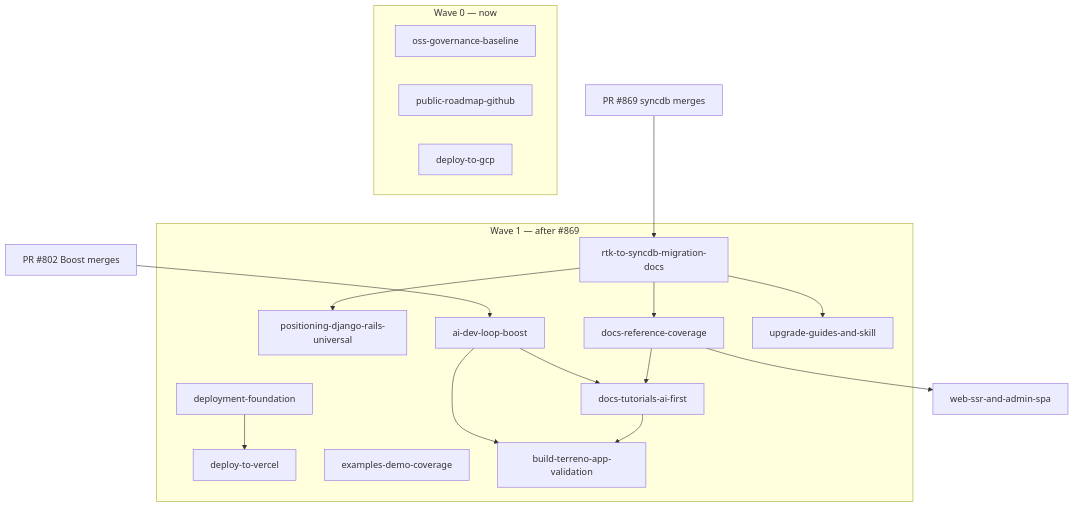
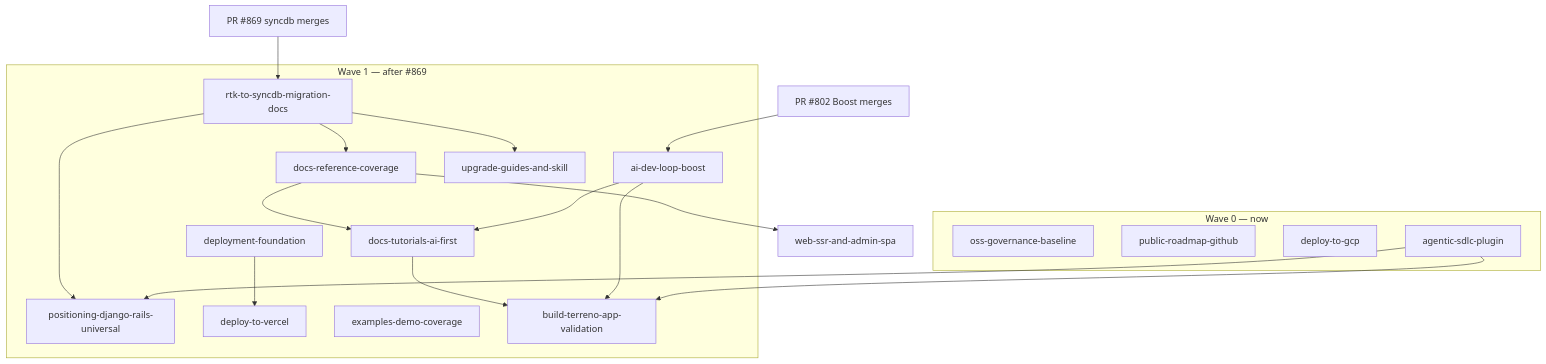
One commit to FlourishHealth/terreno changed the diagram in docs/implementationPlans/oss-launch-program.md. Above: the diagram before and after it, drawn with Mermaid. The commit also changed other lines of this file and 13 other files, not shown here.

````diff
--- a/docs/implementationPlans/oss-launch-program.md
+++ b/docs/implementationPlans/oss-launch-program.md
@@ -108,34 +124,37 @@
 ```mermaid
 flowchart TD
   subgraph w0 ["Wave 0 — now"]
     gov["oss-governance-baseline"]
     road["public-roadmap-github"]
     gcp["deploy-to-gcp"]
+    plug["agentic-sdlc-plugin"]
   end
   syncdb["PR #869 syncdb merges"]
   boost["PR #802 Boost merges"]
   subgraph w1 ["Wave 1 — after #869"]
     mig["rtk-to-syncdb-migration-docs"]
     pos["positioning-django-rails-universal"]
     ref["docs-reference-coverage"]
     ai["ai-dev-loop-boost"]
     tut["docs-tutorials-ai-first"]
     upg["upgrade-guides-and-skill"]
     dep["deployment-foundation"]
     ver["deploy-to-vercel"]
     demo["examples-demo-coverage"]
     build["build-terreno-app-validation"]
   end
   ssr["web-ssr-and-admin-spa"]
   syncdb --> mig
   boost --> ai
   mig --> pos
   mig --> ref
   mig --> upg
   ref --> tut
   ai --> tut
   dep --> ver
   tut --> build
   ai --> build
+  plug --> pos
+  plug --> build
   ref --> ssr
 ```
````
